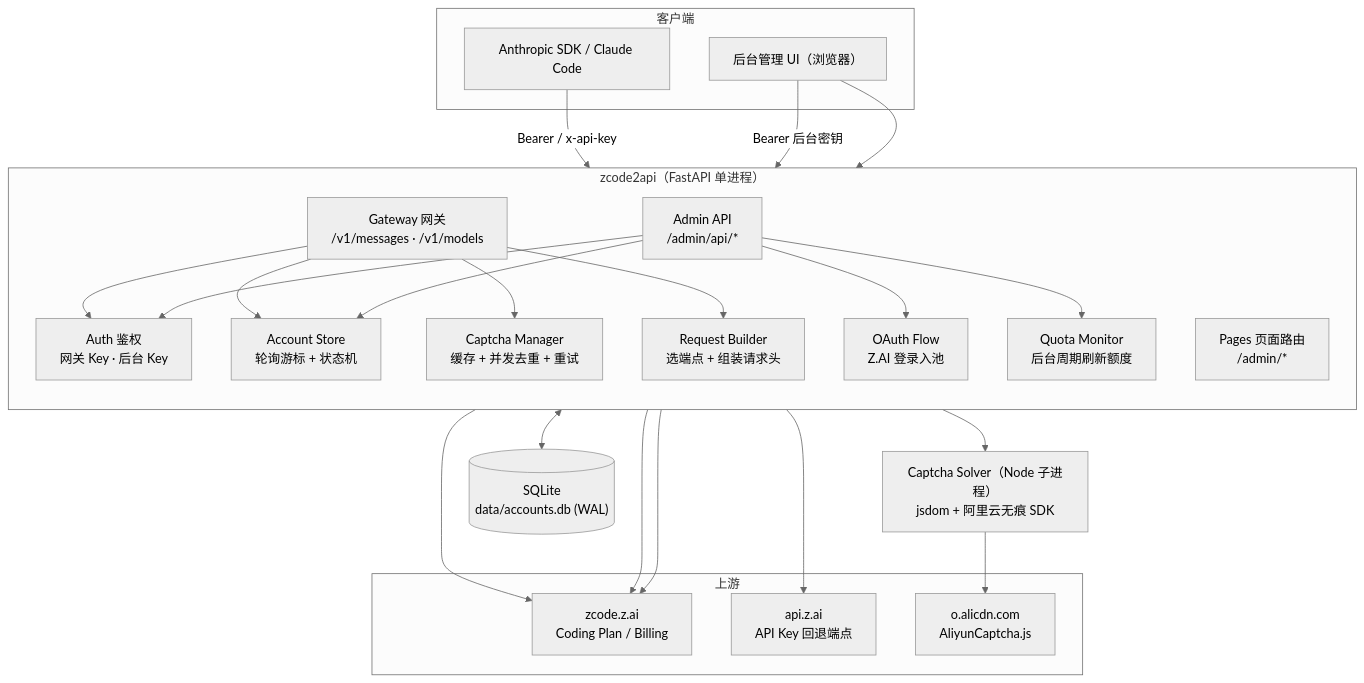
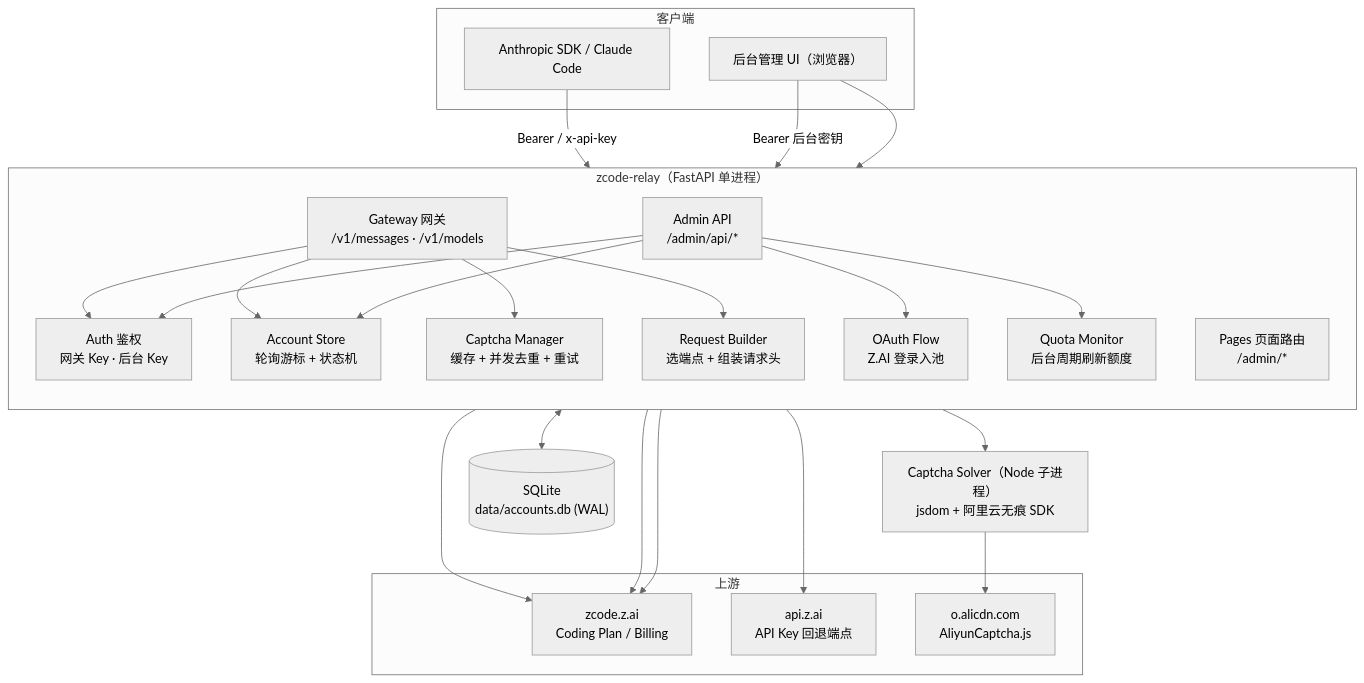
The first of 4 diagrams in panel/zcode2api/docs/ARCHITECTURE.md (yellowpeachxgp/zcode-relay), drawn with Mermaid (neutral theme) before and after one commit. The commit also changed other lines of this file and 24 other files, not shown here.

Commit message:
品牌：统一站点标识为 zcode-relay

````diff
--- a/panel/zcode2api/docs/ARCHITECTURE.md
+++ b/panel/zcode2api/docs/ARCHITECTURE.md
@@ -26,52 +26,52 @@
 ```mermaid
 graph TD
     subgraph Clients["客户端"]
         SDK["Anthropic SDK / Claude Code"]
         UI["后台管理 UI（浏览器）"]
     end
 
-    subgraph App["zcode2api（FastAPI 单进程）"]
+    subgraph App["zcode-relay（FastAPI 单进程）"]
         direction TB
         GW["Gateway 网关<br/>/v1/messages · /v1/models"]
         ADMIN["Admin API<br/>/admin/api/*"]
         PAGES["Pages 页面路由<br/>/admin/*"]
         AUTH["Auth 鉴权<br/>网关 Key · 后台 Key"]
         AGENT["Request Builder<br/>选端点 + 组装请求头"]
         STORE["Account Store<br/>轮询游标 + 状态机"]
         QUOTA["Quota Monitor<br/>后台周期刷新额度"]
         CAPTCHA["Captcha Manager<br/>缓存 + 并发去重 + 重试"]
         OAUTH["OAuth Flow<br/>Z.AI 登录入池"]
     end
 
     SOLVER["Captcha Solver（Node 子进程）<br/>jsdom + 阿里云无痕 SDK"]
     DB[("SQLite<br/>data/accounts.db (WAL)")]
 
     subgraph Upstream["上游"]
         ZAI["zcode.z.ai<br/>Coding Plan / Billing"]
         ZAIAPI["api.z.ai<br/>API Key 回退端点"]
         ALIYUN["o.alicdn.com<br/>AliyunCaptcha.js"]
     end
 
     SDK -->|"Bearer / x-api-key"| GW
     UI -->|"Bearer 后台密钥"| ADMIN
     UI --> PAGES
 
     GW --> AUTH
     ADMIN --> AUTH
     GW --> STORE
     GW --> CAPTCHA
     GW --> AGENT
     AGENT --> ZAI
     AGENT --> ZAIAPI
 
     CAPTCHA --> SOLVER
     SOLVER --> ALIYUN
 
     ADMIN --> STORE
     ADMIN --> OAUTH
     ADMIN --> QUOTA
     QUOTA --> ZAI
     OAUTH --> ZAI
 
     STORE <--> DB
 ```
````
